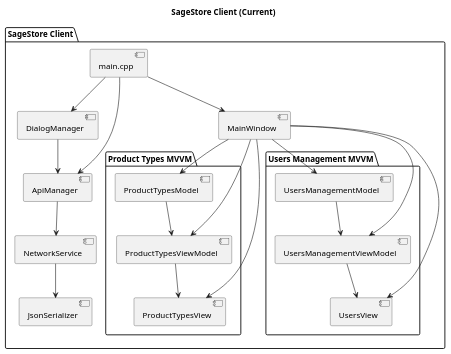
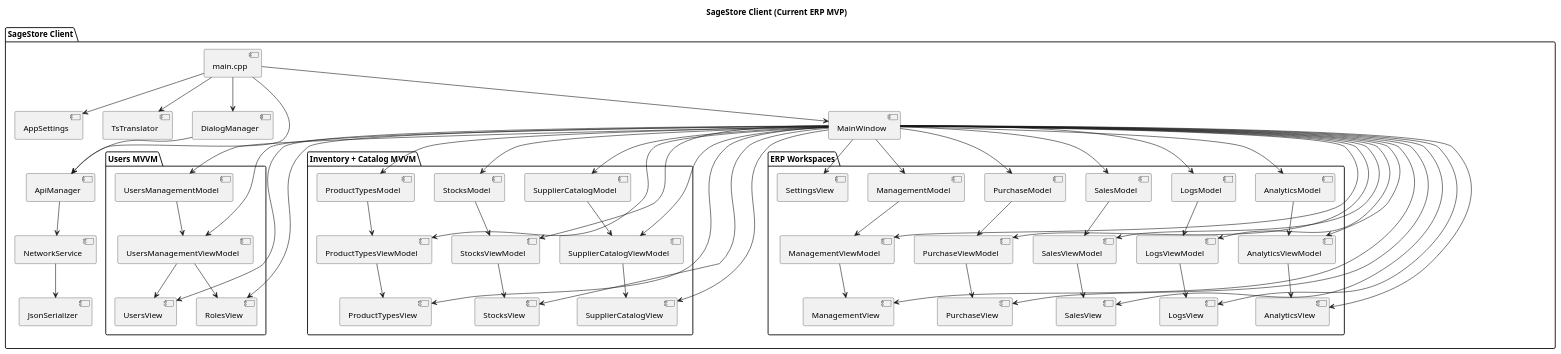
Before and after one commit to Sage-Cat/SageStore: the diagram in docs/client/plantuml/Client_Design.puml, drawn with PlantUML. The commit also changed 12 other files, not shown here.

Commit message:
docs: reconcile MVP status, diagrams and plan

```diff
--- a/docs/client/plantuml/Client_Design.puml
+++ b/docs/client/plantuml/Client_Design.puml
@@ -1,48 +1,117 @@
 @startuml
 skinparam componentStyle uml2
 
-title SageStore Client (Current)
+title SageStore Client (Current ERP MVP)
 
 package "SageStore Client" {
     [main.cpp] as MAIN
+    [AppSettings] as SETTINGS
+    [TsTranslator] as I18N
     [DialogManager] as DM
     [MainWindow] as MW
 
-    package "Product Types MVVM" {
+    package "Users MVVM" {
+        [UsersManagementModel] as UMM
+        [UsersManagementViewModel] as UMVM
+        [UsersView] as UV
+        [RolesView] as RV
+
+        UMM --> UMVM
+        UMVM --> UV
+        UMVM --> RV
+    }
+
+    package "Inventory + Catalog MVVM" {
         [ProductTypesModel] as PTM
         [ProductTypesViewModel] as PTVM
         [ProductTypesView] as PTV
+        [StocksModel] as STM
+        [StocksViewModel] as STVM
+        [StocksView] as STV
+        [SupplierCatalogModel] as SCM
+        [SupplierCatalogViewModel] as SCVM
+        [SupplierCatalogView] as SCV
 
         PTM --> PTVM
         PTVM --> PTV
+        STM --> STVM
+        STVM --> STV
+        SCM --> SCVM
+        SCVM --> SCV
     }
 
-    package "Users Management MVVM" {
-        [UsersManagementModel] as UMM
-        [UsersManagementViewModel] as UMVM
-        [UsersView] as UV
+    package "ERP Workspaces" {
+        [ManagementModel] as MGM
+        [ManagementViewModel] as MGVM
+        [ManagementView] as MGV
+        [PurchaseModel] as PUM
+        [PurchaseViewModel] as PUVM
+        [PurchaseView] as PUV
+        [SalesModel] as SAM
+        [SalesViewModel] as SAVM
+        [SalesView] as SAV
+        [LogsModel] as LOGM
+        [LogsViewModel] as LOGVM
+        [LogsView] as LOGV
+        [AnalyticsModel] as ANM
+        [AnalyticsViewModel] as ANVM
+        [AnalyticsView] as ANV
+        [SettingsView] as SV
 
-        UMM --> UMVM
-        UMVM --> UV
+        MGM --> MGVM
+        MGVM --> MGV
+        PUM --> PUVM
+        PUVM --> PUV
+        SAM --> SAVM
+        SAVM --> SAV
+        LOGM --> LOGVM
+        LOGVM --> LOGV
+        ANM --> ANVM
+        ANVM --> ANV
     }
 
     [ApiManager] as API
     [NetworkService] as NET
     [JsonSerializer] as JSON
 
+    MAIN --> SETTINGS
+    MAIN --> I18N
     MAIN --> DM
     MAIN --> MW
     MAIN --> API
     API --> NET
     NET --> JSON
 
+    MW --> UMM
+    MW --> UMVM
+    MW --> UV
+    MW --> RV
     MW --> PTM
     MW --> PTVM
     MW --> PTV
-    MW --> UMM
-    MW --> UMVM
-    MW --> UV
+    MW --> STM
+    MW --> STVM
+    MW --> STV
+    MW --> SCM
+    MW --> SCVM
+    MW --> SCV
+    MW --> MGM
+    MW --> MGVM
+    MW --> MGV
+    MW --> PUM
+    MW --> PUVM
+    MW --> PUV
+    MW --> SAM
+    MW --> SAVM
+    MW --> SAV
+    MW --> LOGM
+    MW --> LOGVM
+    MW --> LOGV
+    MW --> ANM
+    MW --> ANVM
+    MW --> ANV
+    MW --> SV
     DM --> API
 }
 
 @enduml
```
